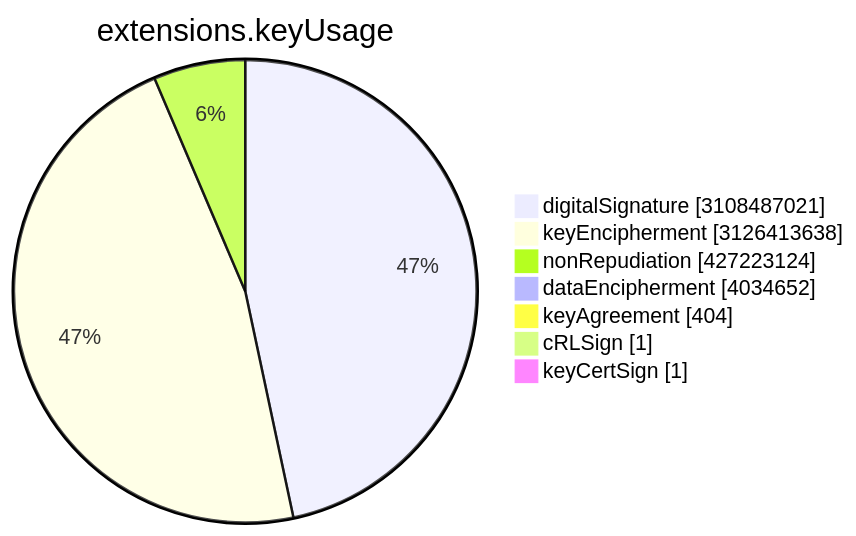
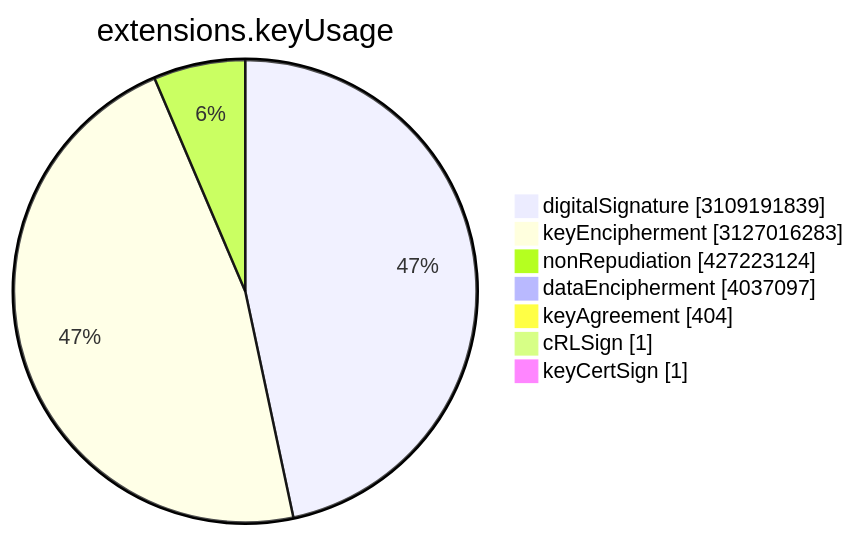
One commit to christiankrug/ctmonitor_visualization changed the sixth of 15 diagrams in TOTAL/README.md. Above: the diagram before and after it, drawn with Mermaid. The commit also changed other lines of this file, not shown here.

````diff
--- a/TOTAL/README.md
+++ b/TOTAL/README.md
@@ -3077,11 +3077,11 @@
 ```mermaid
 pie showData
 title extensions.keyUsage
-"digitalSignature" :3108487021
-"keyEncipherment" :3126413638
+"digitalSignature" :3109191839
+"keyEncipherment" :3127016283
 "nonRepudiation" :427223124
-"dataEncipherment" :4034652
+"dataEncipherment" :4037097
 "keyAgreement" :404
 "cRLSign" :1
 "keyCertSign" :1
 ```
````
